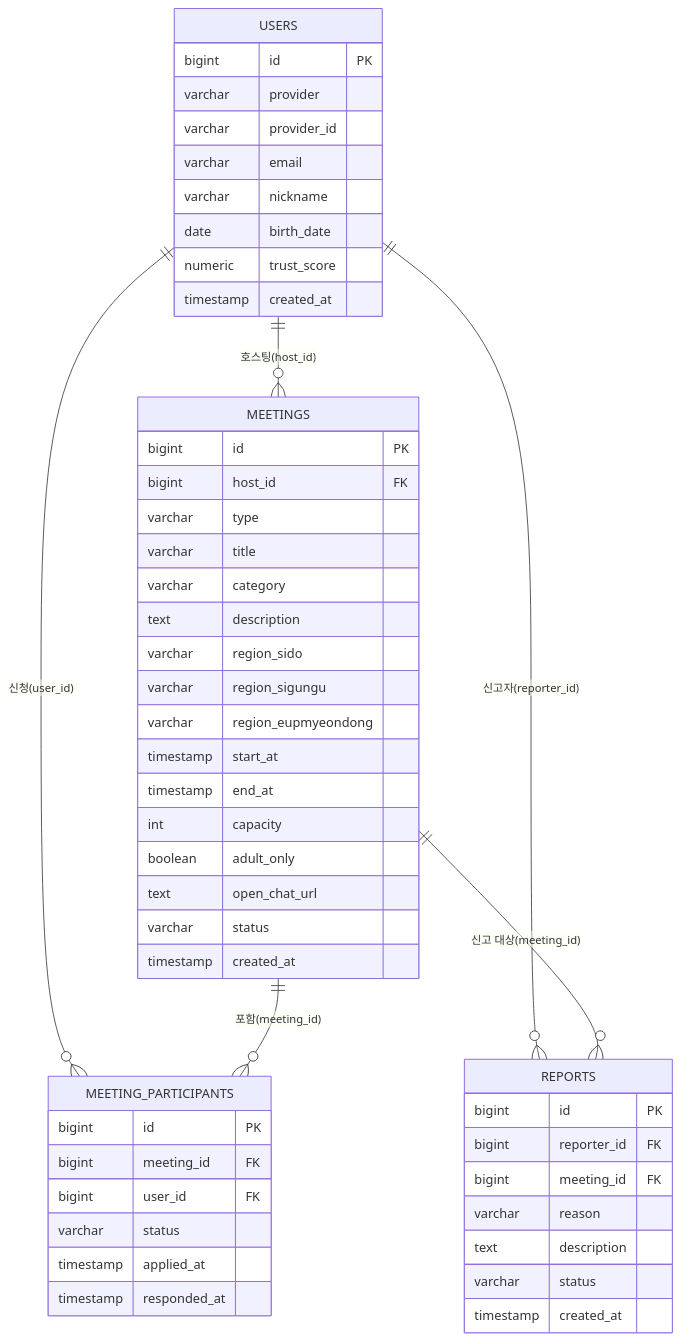
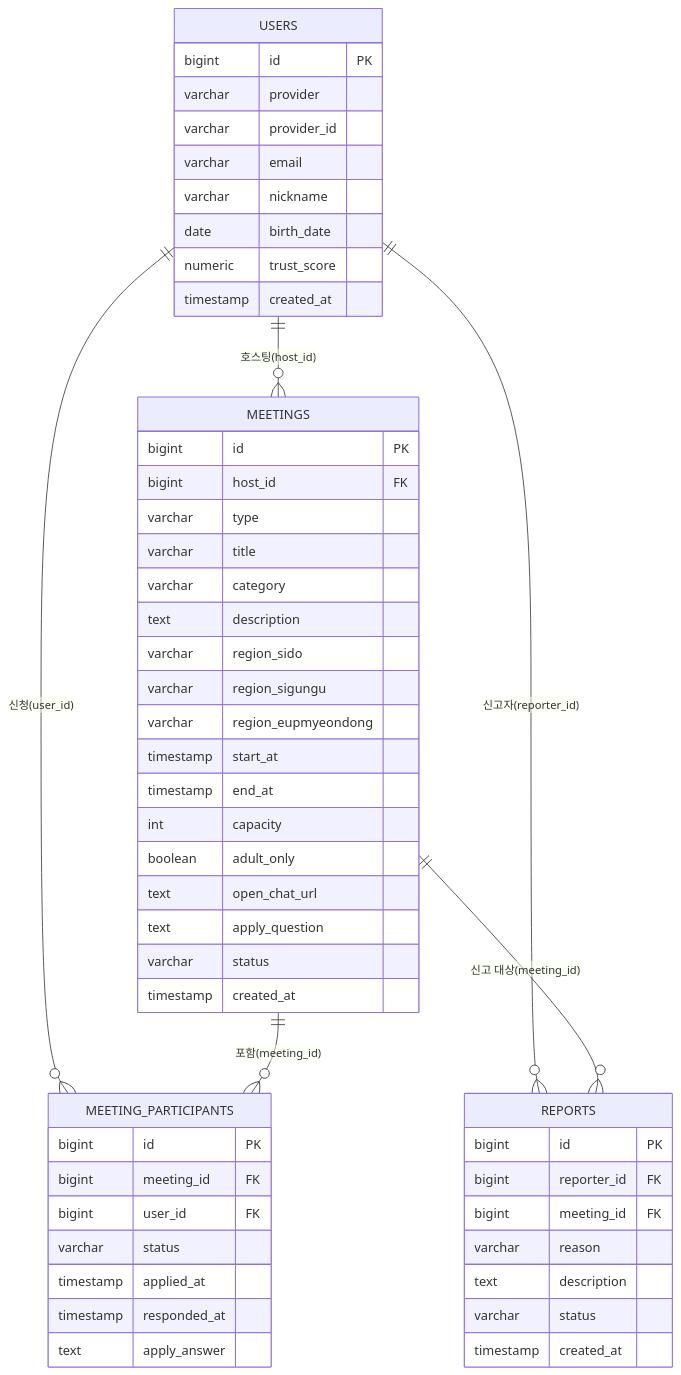
One commit to Mureung1/hub-showcase changed the diagram in bungae-moim-backend/docs/번개모임_소모임_DB_스키마_설계서.md. Above: the diagram before and after it, drawn with Mermaid. The commit also changed other lines of this file and 1 other file, not shown here.

Commit message:
docs: 신청 시 한마디 기능을 API 명세서·DB 스키마 설계서에 반영
마이페이지 모임 내역+신청 시 한마디 브랜치(62d4e688..df0a6a3f)에서
apply_question/apply_answer 컬럼과 관련 검증 규칙이 추가됐는데 두 문서에
반영이 안 돼 있었다. POST 등록/PATCH 수정(full-replace 예외+잠금)/GET 상세/
POST 신청/GET 신청자 목록 다섯 곳과 DB 컬럼 표 두 곳을 채웠다.

````diff
--- a/bungae-moim-backend/docs/번개모임_소모임_DB_스키마_설계서.md
+++ b/bungae-moim-backend/docs/번개모임_소모임_DB_스키마_설계서.md
@@ -9,54 +9,56 @@
 ```mermaid
 erDiagram
     USERS ||--o{ MEETINGS : "호스팅(host_id)"
     USERS ||--o{ MEETING_PARTICIPANTS : "신청(user_id)"
     MEETINGS ||--o{ MEETING_PARTICIPANTS : "포함(meeting_id)"
     USERS ||--o{ REPORTS : "신고자(reporter_id)"
     MEETINGS ||--o{ REPORTS : "신고 대상(meeting_id)"
 
     USERS {
         bigint id PK
         varchar provider
         varchar provider_id
         varchar email
         varchar nickname
         date birth_date
         numeric trust_score
         timestamp created_at
     }
     MEETINGS {
         bigint id PK
         bigint host_id FK
         varchar type
         varchar title
         varchar category
         text description
         varchar region_sido
         varchar region_sigungu
         varchar region_eupmyeondong
         timestamp start_at
         timestamp end_at
         int capacity
         boolean adult_only
         text open_chat_url
+        text apply_question
         varchar status
         timestamp created_at
     }
     MEETING_PARTICIPANTS {
         bigint id PK
         bigint meeting_id FK
         bigint user_id FK
         varchar status
         timestamp applied_at
         timestamp responded_at
+        text apply_answer
     }
     REPORTS {
         bigint id PK
         bigint reporter_id FK
         bigint meeting_id FK
         varchar reason
         text description
         varchar status
         timestamp created_at
     }
 ```
````
